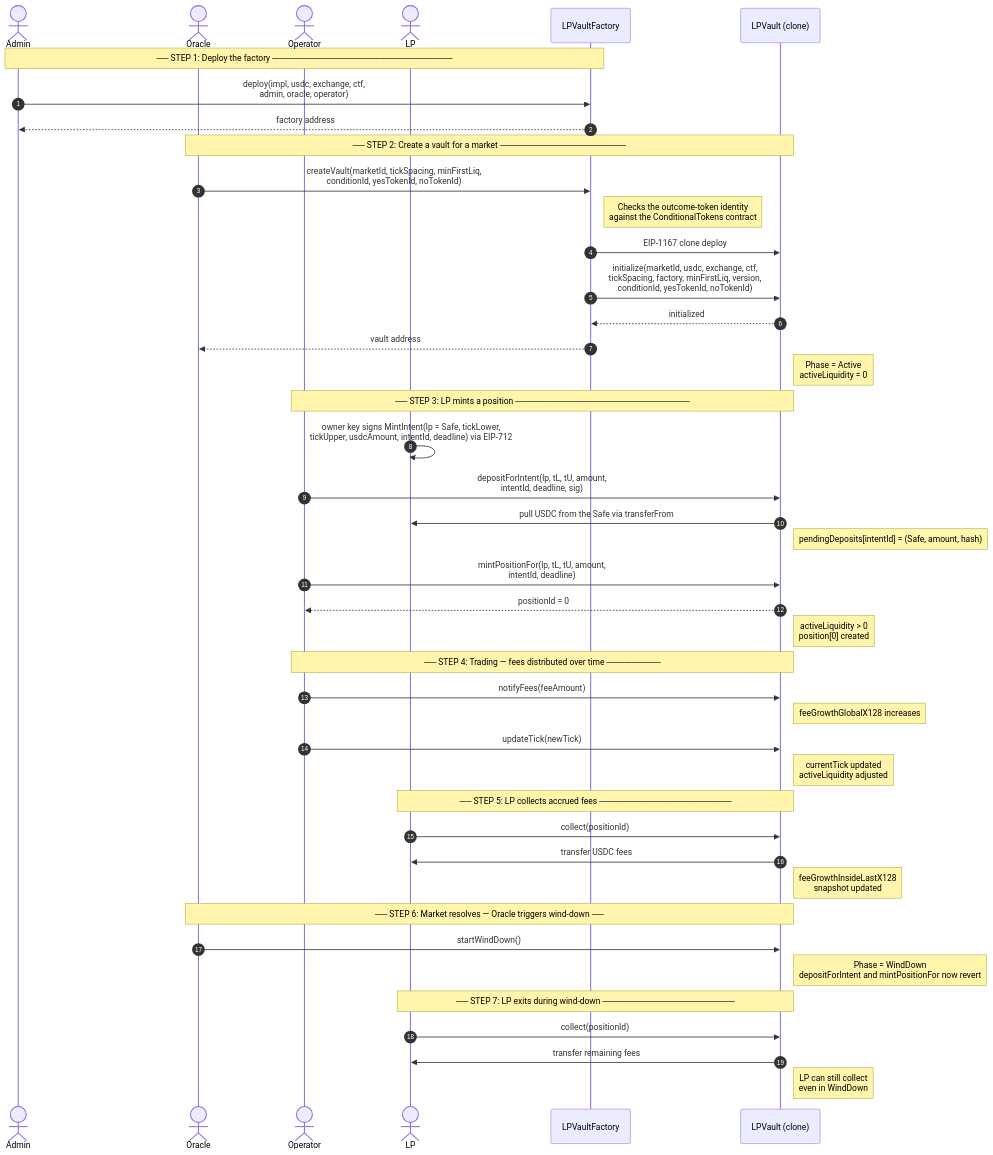
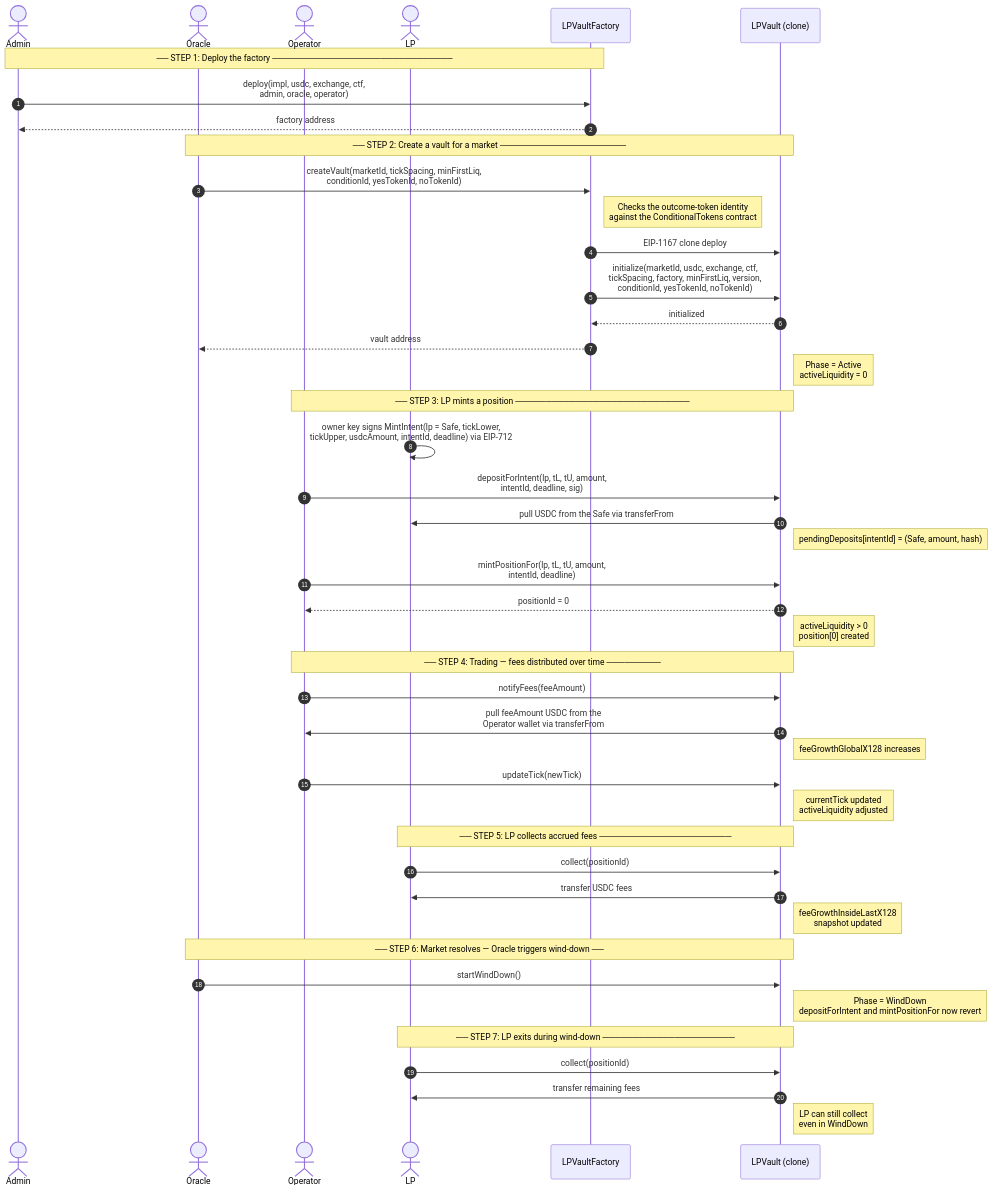
Before and after one commit to ProphetMarket/lp-vaults: the second of 12 diagrams in FLOWS.md, drawn with Mermaid. The commit also changed other lines of this file and 3 other files, not shown here.

````diff
--- a/FLOWS.md
+++ b/FLOWS.md
@@ -41,52 +41,53 @@
 ```mermaid
 sequenceDiagram
     autonumber
     actor Admin
     actor Oracle
     actor Operator
     actor LP
     participant Factory as LPVaultFactory
     participant Vault as LPVault (clone)
 
     Note over Admin,Factory: ── STEP 1: Deploy the factory ──────────────────────────────
     Admin->>Factory: deploy(impl, usdc, exchange, ctf,<br/>admin, oracle, operator)
     Factory-->>Admin: factory address
 
     Note over Oracle,Vault: ── STEP 2: Create a vault for a market ─────────────────────
     Oracle->>Factory: createVault(marketId, tickSpacing, minFirstLiq,<br/>conditionId, yesTokenId, noTokenId)
     Note right of Factory: Checks the outcome-token identity<br/>against the ConditionalTokens contract
     Factory->>Vault: EIP-1167 clone deploy
     Factory->>Vault: initialize(marketId, usdc, exchange, ctf,<br/>tickSpacing, factory, minFirstLiq, version,<br/>conditionId, yesTokenId, noTokenId)
     Vault-->>Factory: initialized
     Factory-->>Oracle: vault address
     Note right of Vault: Phase = Active<br/>activeLiquidity = 0
 
     Note over Operator,Vault: ── STEP 3: LP mints a position ─────────────────────────────
     LP->>LP: owner key signs MintIntent(lp = Safe, tickLower,<br/>tickUpper, usdcAmount, intentId, deadline) via EIP-712
     Operator->>Vault: depositForIntent(lp, tL, tU, amount,<br/>intentId, deadline, sig)
     Vault->>LP: pull USDC from the Safe via transferFrom
     Note right of Vault: pendingDeposits[intentId] = (Safe, amount, hash)
     Operator->>Vault: mintPositionFor(lp, tL, tU, amount,<br/>intentId, deadline)
     Vault-->>Operator: positionId = 0
     Note right of Vault: activeLiquidity > 0<br/>position[0] created
 
     Note over Operator,Vault: ── STEP 4: Trading — fees distributed over time ─────────
     Operator->>Vault: notifyFees(feeAmount)
+    Vault->>Operator: pull feeAmount USDC from the<br/>Operator wallet via transferFrom
     Note right of Vault: feeGrowthGlobalX128 increases
     Operator->>Vault: updateTick(newTick)
     Note right of Vault: currentTick updated<br/>activeLiquidity adjusted
 
     Note over LP,Vault: ── STEP 5: LP collects accrued fees ──────────────────────
     LP->>Vault: collect(positionId)
     Vault->>LP: transfer USDC fees
     Note right of Vault: feeGrowthInsideLastX128<br/>snapshot updated
 
     Note over Oracle,Vault: ── STEP 6: Market resolves — Oracle triggers wind-down ──
     Oracle->>Vault: startWindDown()
     Note right of Vault: Phase = WindDown<br/>depositForIntent and mintPositionFor now revert
 
     Note over LP,Vault: ── STEP 7: LP exits during wind-down ──────────────────────
     LP->>Vault: collect(positionId)
     Vault->>LP: transfer remaining fees
     Note right of Vault: LP can still collect<br/>even in WindDown
 ```
````
